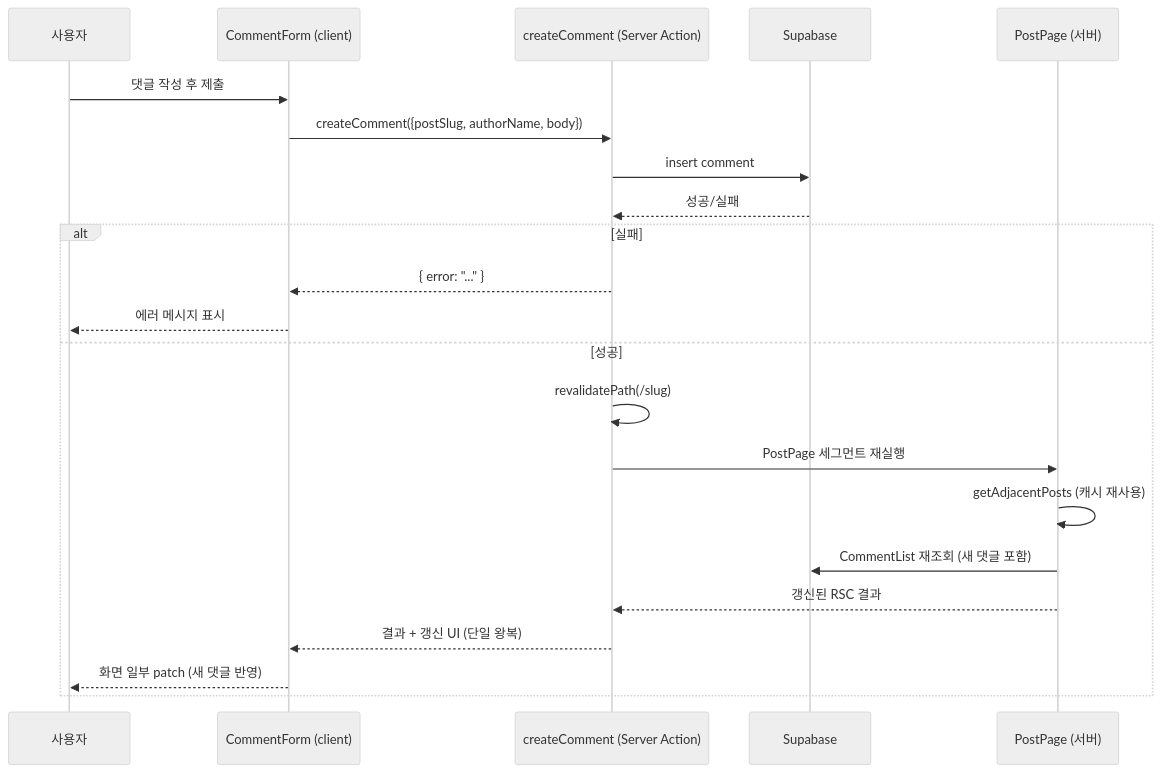
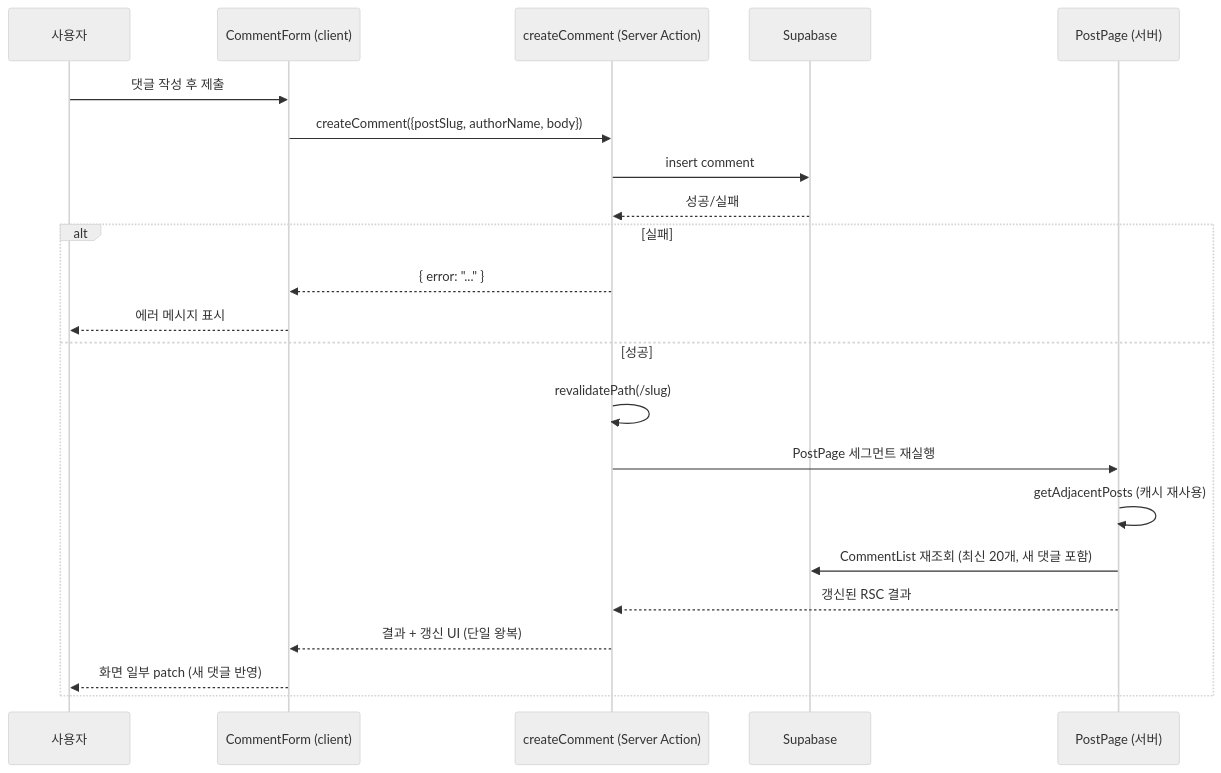
One commit to jeongho3786/myblog changed the ninth of 13 diagrams in docs/architecture.md. Above: the diagram before and after it, drawn with Mermaid (neutral theme). The commit also changed 7 other files, not shown here.

````diff
--- a/docs/architecture.md
+++ b/docs/architecture.md
@@ -132,25 +132,25 @@
 ```mermaid
 sequenceDiagram
     participant U as 사용자
     participant F as CommentForm (client)
     participant A as createComment (Server Action)
     participant DB as Supabase
     participant P as PostPage (서버)
 
     U->>F: 댓글 작성 후 제출
     F->>A: createComment({postSlug, authorName, body})
     A->>DB: insert comment
     DB-->>A: 성공/실패
     alt 실패
         A-->>F: { error: "..." }
         F-->>U: 에러 메시지 표시
     else 성공
         A->>A: revalidatePath(/slug)
         A->>P: PostPage 세그먼트 재실행
         P->>P: getAdjacentPosts (캐시 재사용)
-        P->>DB: CommentList 재조회 (새 댓글 포함)
+        P->>DB: CommentList 재조회 (최신 20개, 새 댓글 포함)
         P-->>A: 갱신된 RSC 결과
         A-->>F: 결과 + 갱신 UI (단일 왕복)
         F-->>U: 화면 일부 patch (새 댓글 반영)
     end
 ```
````
